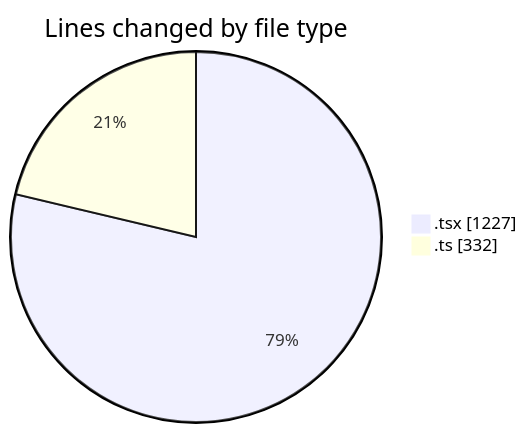
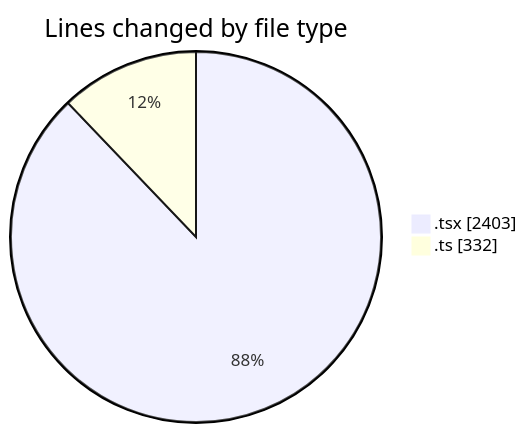
Before and after one commit to nxtqubesakshisongat/code-tracking: the first of 2 diagrams in 2026-03-24/nxtqube_webapp/README.md, drawn with Mermaid. The commit also changed other lines of this file and 1 other file, not shown here.

````diff
--- a/2026-03-24/nxtqube_webapp/README.md
+++ b/2026-03-24/nxtqube_webapp/README.md
@@ -22,6 +24,6 @@
 ```mermaid
 pie showData
 title Lines changed by file type
-".tsx" : 1227
+".tsx" : 2403
 ".ts" : 332
 ```
````
